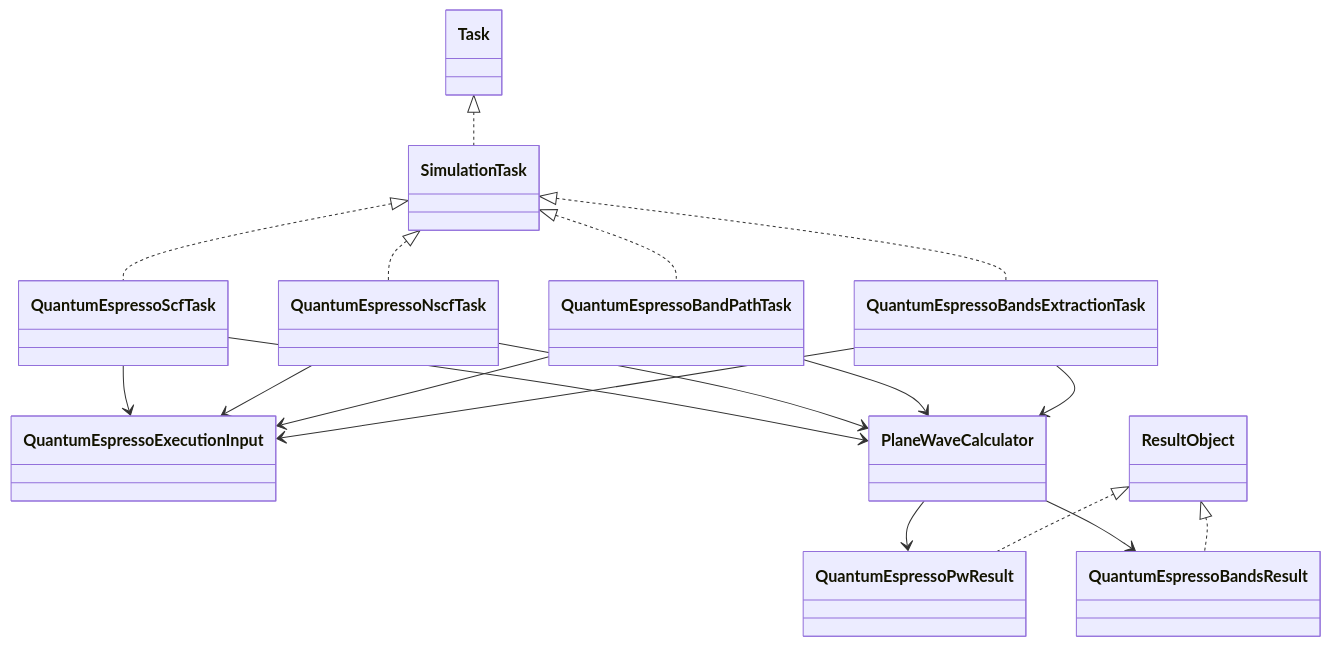
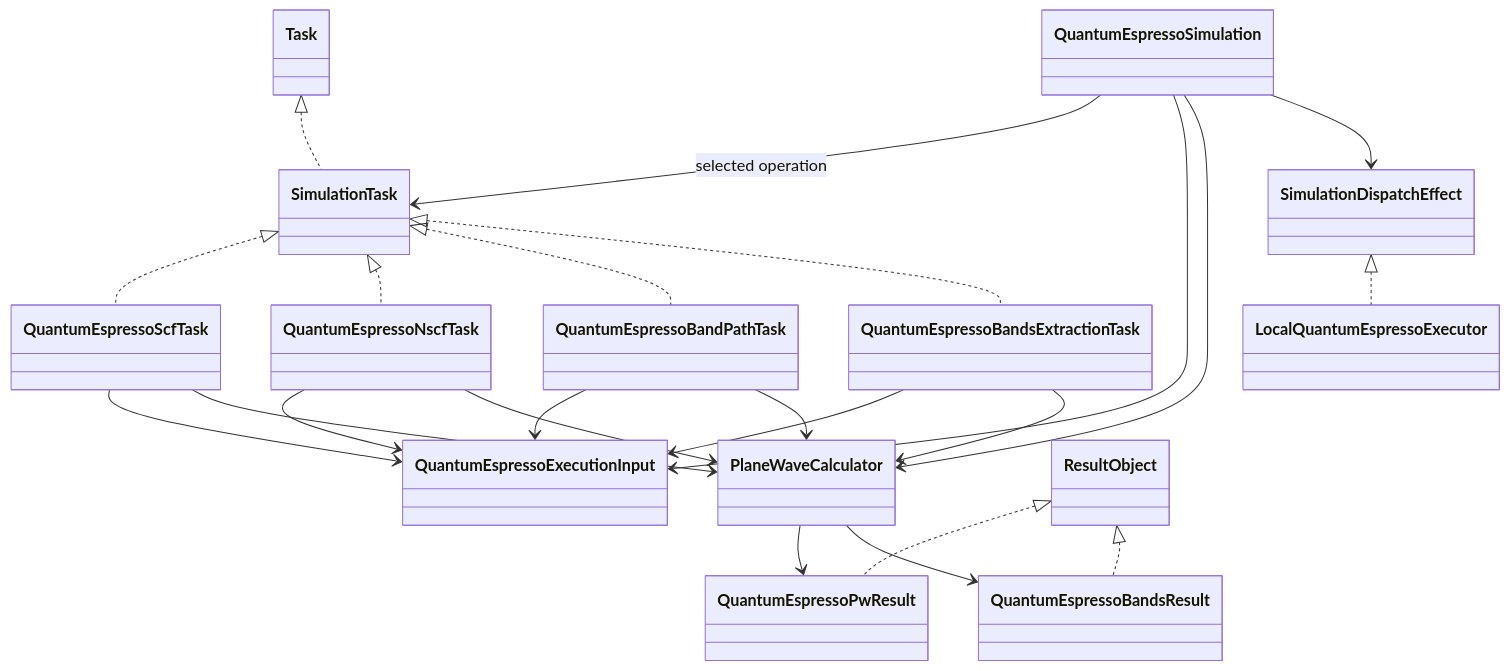
Before and after one commit to eragasa/ksdft2effmass: the first of 2 diagrams in docs/architecture/v2/ksdft2effmass/workflows/simulation-task-model.md, drawn with Mermaid. The commit also changed other lines of this file and 30 other files, not shown here.

Commit message:
Bind QE simulation and executor contracts

````diff
--- a/docs/architecture/v2/ksdft2effmass/workflows/simulation-task-model.md
+++ b/docs/architecture/v2/ksdft2effmass/workflows/simulation-task-model.md
@@ -45,32 +51,40 @@
 ```mermaid
 classDiagram
     class Task
     class SimulationTask
     class QuantumEspressoScfTask
     class QuantumEspressoNscfTask
     class QuantumEspressoBandPathTask
     class QuantumEspressoBandsExtractionTask
+    class QuantumEspressoSimulation
     class QuantumEspressoExecutionInput
     class QuantumEspressoPwResult
     class QuantumEspressoBandsResult
     class PlaneWaveCalculator
+    class SimulationDispatchEffect
+    class LocalQuantumEspressoExecutor
     class ResultObject
 
     Task <|.. SimulationTask
     SimulationTask <|.. QuantumEspressoScfTask
     SimulationTask <|.. QuantumEspressoNscfTask
     SimulationTask <|.. QuantumEspressoBandPathTask
     SimulationTask <|.. QuantumEspressoBandsExtractionTask
     QuantumEspressoScfTask --> QuantumEspressoExecutionInput
     QuantumEspressoNscfTask --> QuantumEspressoExecutionInput
     QuantumEspressoBandPathTask --> QuantumEspressoExecutionInput
     QuantumEspressoBandsExtractionTask --> QuantumEspressoExecutionInput
     QuantumEspressoScfTask --> PlaneWaveCalculator
     QuantumEspressoNscfTask --> PlaneWaveCalculator
     QuantumEspressoBandPathTask --> PlaneWaveCalculator
     QuantumEspressoBandsExtractionTask --> PlaneWaveCalculator
+    QuantumEspressoSimulation --> SimulationTask : selected operation
+    QuantumEspressoSimulation --> QuantumEspressoExecutionInput
+    QuantumEspressoSimulation --> PlaneWaveCalculator
+    QuantumEspressoSimulation --> SimulationDispatchEffect
+    SimulationDispatchEffect <|.. LocalQuantumEspressoExecutor
     PlaneWaveCalculator --> QuantumEspressoPwResult
     PlaneWaveCalculator --> QuantumEspressoBandsResult
     ResultObject <|.. QuantumEspressoPwResult
     ResultObject <|.. QuantumEspressoBandsResult
 ```
````
